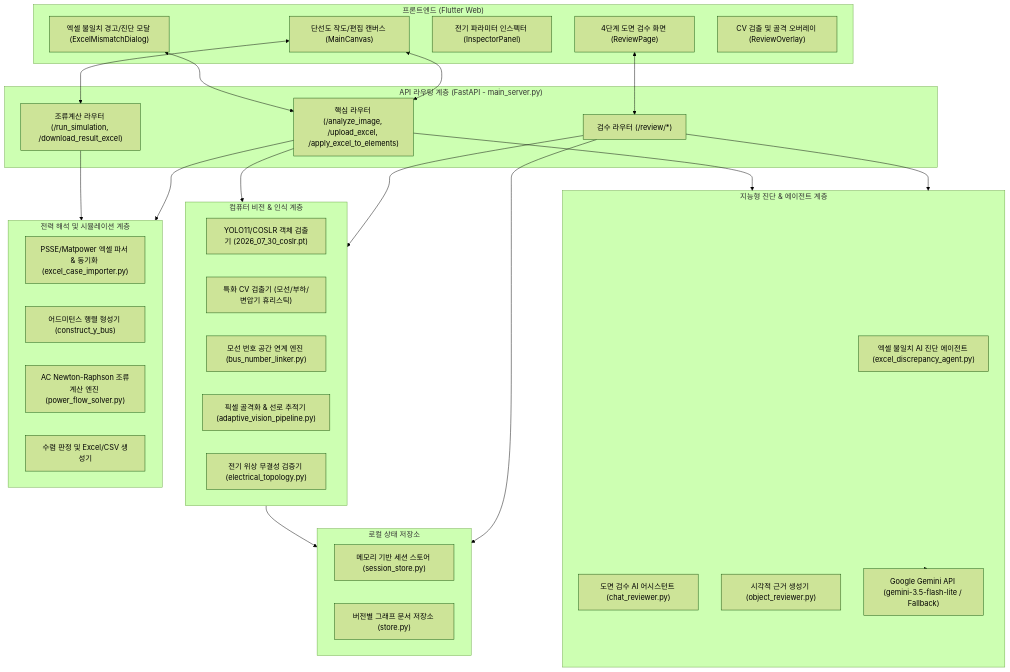
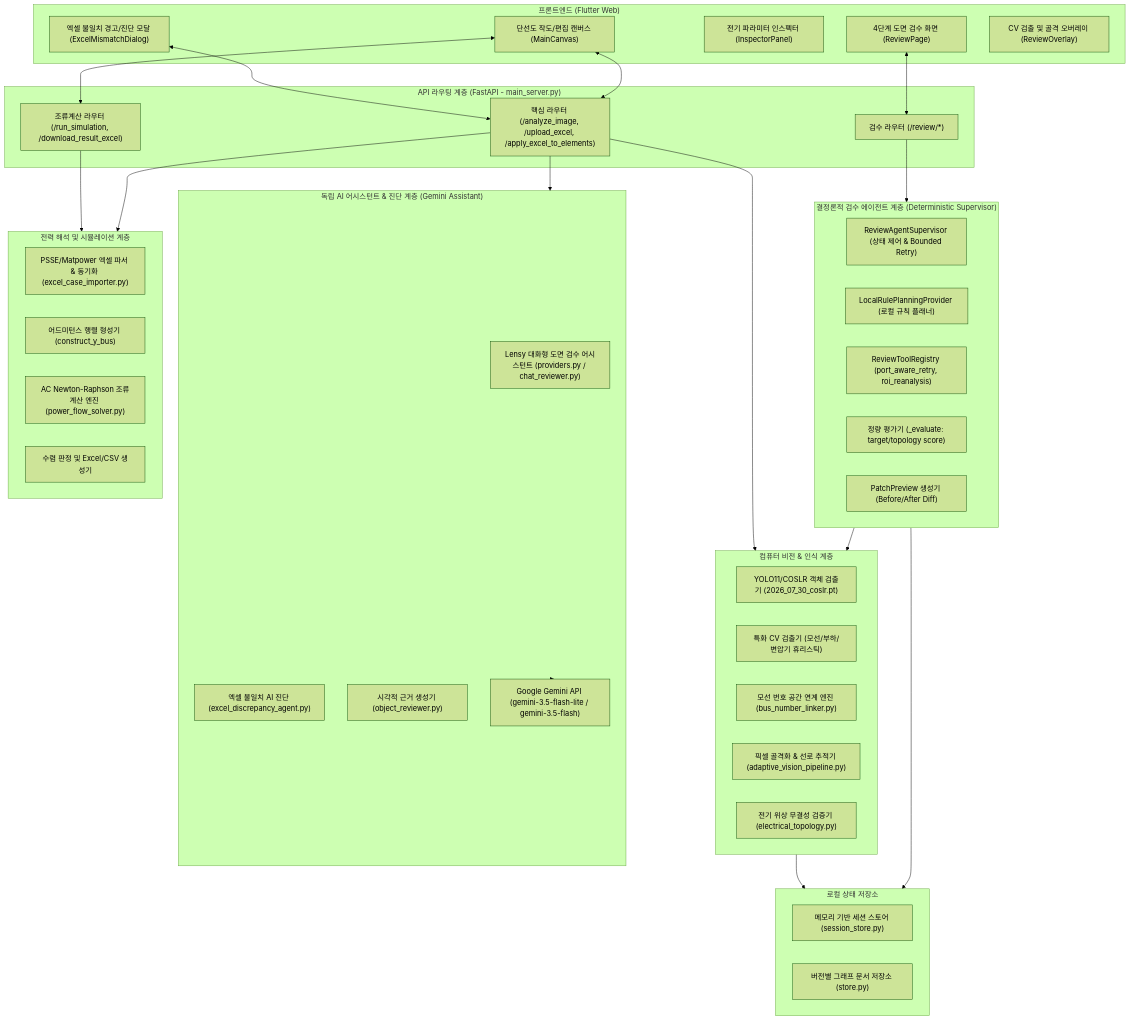
The first of 2 diagrams in docs/SYSTEM_ARCHITECTURE_AND_TECHNICAL_DOCS.md (dptjddl285-ship-it/Powerflow-calculator), drawn with Mermaid (forest theme) before and after one commit. The commit also changed other lines of this file and 5 other files, not shown here.

````diff
--- a/docs/SYSTEM_ARCHITECTURE_AND_TECHNICAL_DOCS.md
+++ b/docs/SYSTEM_ARCHITECTURE_AND_TECHNICAL_DOCS.md
@@ -22,62 +22,70 @@
 ```mermaid
 graph TB
     subgraph Client["프론트엔드 (Flutter Web)"]
         UI_Review["4단계 도면 검수 화면 (ReviewPage)"]
         UI_Canvas["단선도 작도/편집 캔버스 (MainCanvas)"]
         UI_Inspector["전기 파라미터 인스펙터 (InspectorPanel)"]
         UI_Mismatch["엑셀 불일치 경고/진단 모달 (ExcelMismatchDialog)"]
         UI_Overlay["CV 검출 및 골격 오버레이 (ReviewOverlay)"]
     end
 
     subgraph API_Gateway["API 라우팅 계층 (FastAPI - main_server.py)"]
         R_Staged["검수 라우터 (/review/*)"]
         R_Core["핵심 라우터 (/analyze_image, /upload_excel, /apply_excel_to_elements)"]
         R_Solver["조류계산 라우터 (/run_simulation, /download_result_excel)"]
     end
 
+    subgraph Supervisor_Engine["결정론적 검수 에이전트 계층 (Deterministic Supervisor)"]
+        Supervisor["ReviewAgentSupervisor (상태 제어 & Bounded Retry)"]
+        Planner["LocalRulePlanningProvider (로컬 규칙 플래너)"]
+        ToolRegistry["ReviewToolRegistry (port_aware_retry, roi_reanalysis)"]
+        Evaluator["정량 평가기 (_evaluate: target/topology score)"]
+        Patch_Gen["PatchPreview 생성기 (Before/After Diff)"]
+    end
+
     subgraph CV_Engine["컴퓨터 비전 & 인식 계층"]
         YOLO["YOLO11/COSLR 객체 검출기 (2026_07_30_coslr.pt)"]
         CV_Rule["특화 CV 검출기 (모선/부하/변압기 휴리스틱)"]
         OCR_Linker["모선 번호 공간 연계 엔진 (bus_number_linker.py)"]
         Skeleton["픽셀 골격화 & 선로 추적기 (adaptive_vision_pipeline.py)"]
         Topology["전기 위상 무결성 검증기 (electrical_topology.py)"]
     end
 
-    subgraph AI_Agent["지능형 진단 & 에이전트 계층"]
-        Agent_Diag["엑셀 불일치 AI 진단 에이전트 (excel_discrepancy_agent.py)"]
-        Agent_Chat["도면 검수 AI 어시스턴트 (chat_reviewer.py)"]
+    subgraph AI_Assistant["독립 AI 어시스턴트 & 진단 계층 (Gemini Assistant)"]
+        Lensy_Chat["Lensy 대화형 도면 검수 어시스턴트 (providers.py / chat_reviewer.py)"]
+        Agent_Diag["엑셀 불일치 AI 진단 (excel_discrepancy_agent.py)"]
         Agent_Evidence["시각적 근거 생성기 (object_reviewer.py)"]
-        LLM["Google Gemini API (gemini-3.5-flash-lite / Fallback)"]
+        LLM["Google Gemini API (gemini-3.5-flash-lite / gemini-3.5-flash)"]
     end
 
     subgraph Power_Engine["전력 해석 및 시뮬레이션 계층"]
         Excel_Parser["PSSE/Matpower 엑셀 파서 & 동기화 (excel_case_importer.py)"]
         Y_Bus["어드미턴스 행렬 형성기 (construct_y_bus)"]
         NR_Solver["AC Newton-Raphson 조류계산 엔진 (power_flow_solver.py)"]
         Result_Gen["수렴 판정 및 Excel/CSV 생성기"]
     end
 
     subgraph Storage["로컬 상태 저장소"]
         Session_Store["메모리 기반 세션 스토어 (session_store.py)"]
         Review_Store["버전별 그래프 문서 저장소 (store.py)"]
     end
 
     %% 연결 관계
     UI_Review <--> R_Staged
     UI_Canvas <--> R_Core
     UI_Canvas <--> R_Solver
     UI_Mismatch <--> R_Core
 
-    R_Staged --> CV_Engine
-    R_Staged --> AI_Agent
-    R_Staged --> Storage
+    R_Staged --> Supervisor_Engine
+    Supervisor_Engine --> CV_Engine
+    Supervisor_Engine --> Storage
 
     R_Core --> CV_Engine
     R_Core --> Power_Engine
-    R_Core --> AI_Agent
+    R_Core --> AI_Assistant
 
     R_Solver --> Power_Engine
 
-    AI_Agent -.-> LLM
+    AI_Assistant -.-> LLM
     CV_Engine --> Storage
 ```
````
